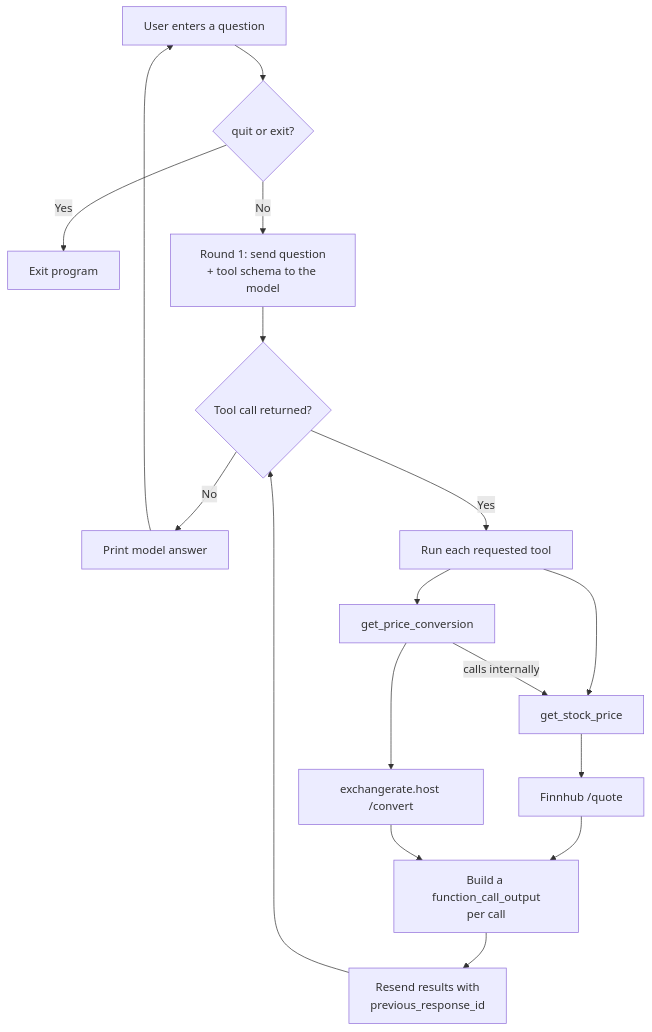
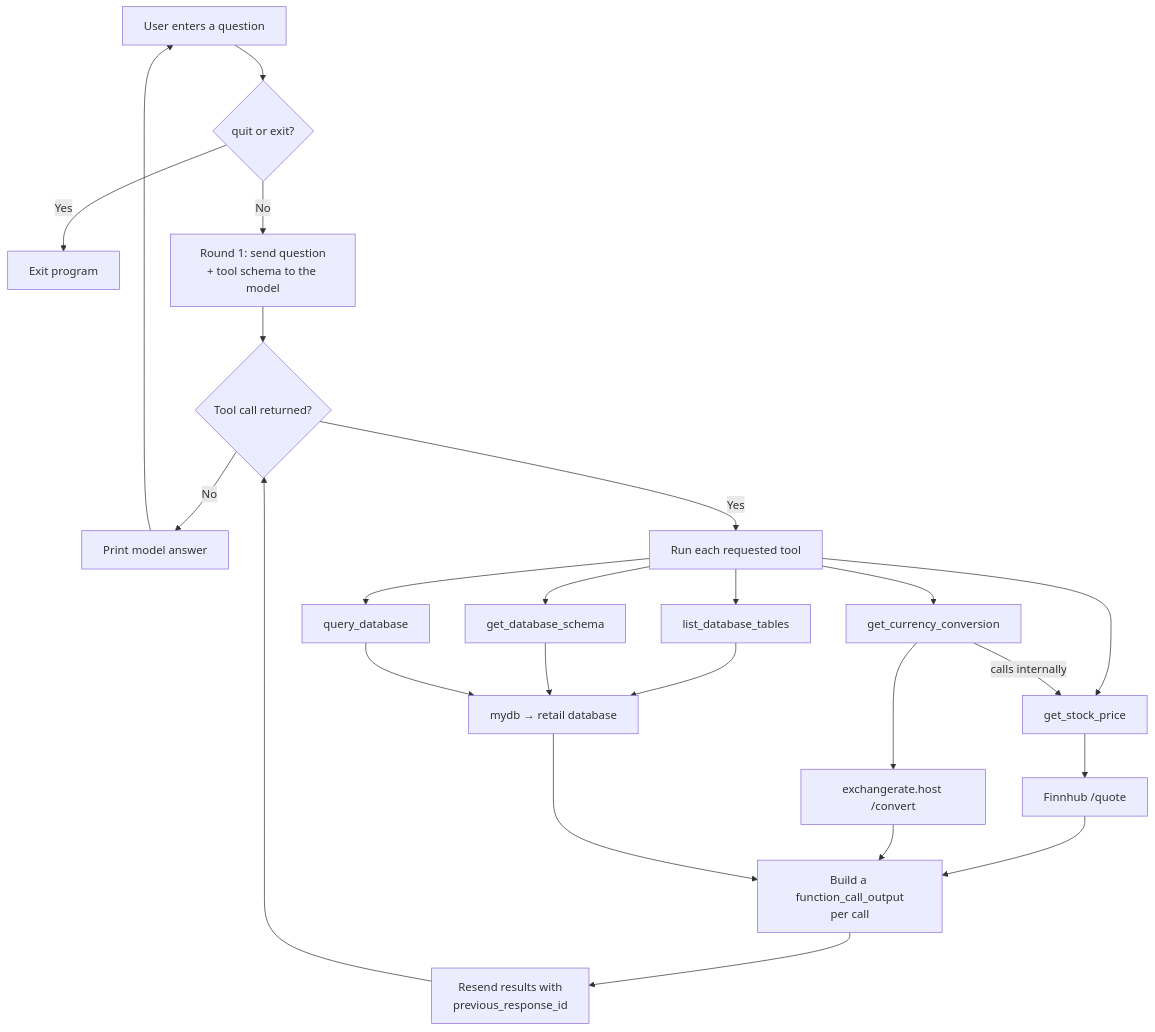
The first of 2 diagrams in ToolCalling/README.md (KiranGunturu/GenAI), drawn with Mermaid before and after one commit. The commit also changed other lines of this file and 5 other files, not shown here.

````diff
--- a/ToolCalling/README.md
+++ b/ToolCalling/README.md
@@ -22,19 +26,26 @@
 ```mermaid
 flowchart TD
     A["User enters a question"] --> B{"quit or exit?"}
     B -->|Yes| Z["Exit program"]
     B -->|No| C["Round 1: send question<br/>+ tool schema to the model"]
     C --> D{"Tool call returned?"}
     D -->|No| P["Print model answer"]
     P --> A
     D -->|Yes| E["Run each requested tool"]
     E --> T1["get_stock_price"]
-    E --> T2["get_price_conversion"]
+    E --> T2["get_currency_conversion"]
+    E --> T3["list_database_tables"]
+    E --> T4["get_database_schema"]
+    E --> T5["query_database"]
     T2 -->|calls internally| T1
     T1 --> FH["Finnhub /quote"]
     T2 --> EX["exchangerate.host /convert"]
+    T3 --> DB["mydb → retail database"]
+    T4 --> DB
+    T5 --> DB
     FH --> R["Build a function_call_output<br/>per call"]
     EX --> R
+    DB --> R
     R --> S["Resend results with<br/>previous_response_id"]
     S --> D
 ```
````
